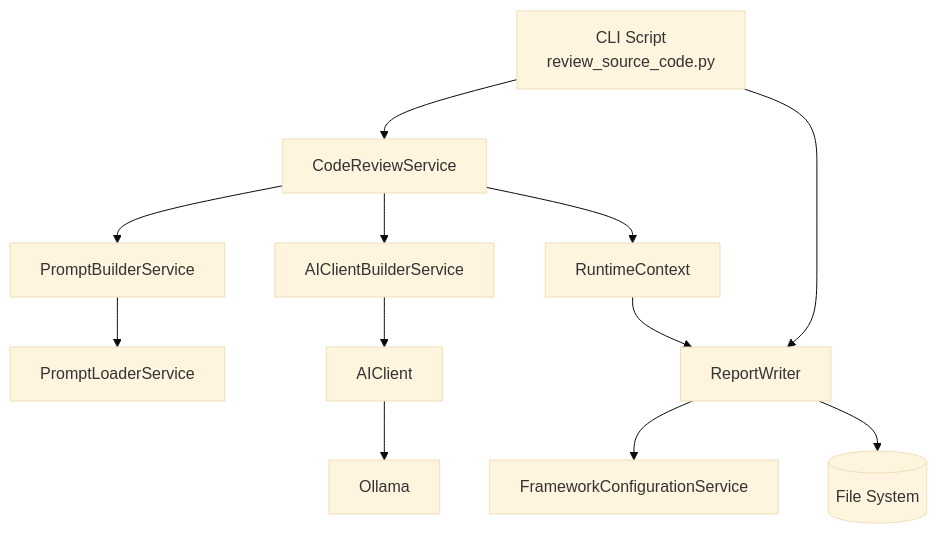
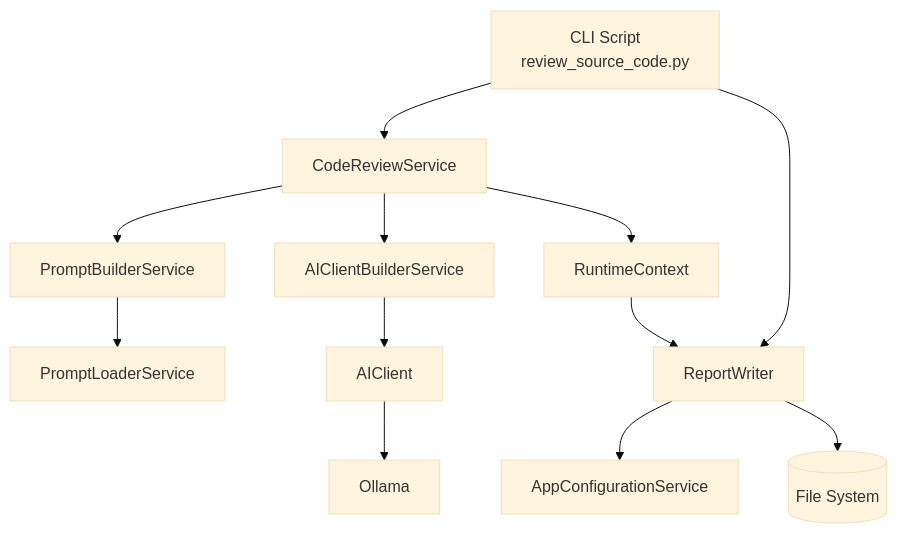
Before and after one commit to ausrgonzale/QAlchemy: the first of 3 diagrams in docs/architecture.md, drawn with Mermaid (base theme). The commit also changed other lines of this file and 35 other files, not shown here.

````diff
--- a/docs/architecture.md
+++ b/docs/architecture.md
@@ -5,14 +5,14 @@
 ```mermaid
 flowchart TD
   CLI[CLI Script\nreview_source_code.py] --> CRS[CodeReviewService]
   CRS --> PBS[PromptBuilderService]
   PBS --> PLS[PromptLoaderService]
   CRS --> AIBS[AIClientBuilderService]
   AIBS --> AIC[AIClient]
   AIC --> OLLAMA[Ollama]
   CRS --> RC[RuntimeContext]
   CLI --> RW[ReportWriter]
-  RW --> FCS[FrameworkConfigurationService]
+  RW --> ACS[AppConfigurationService]
   RW --> FS[(File System)]
   RC --> RW
 ```
````
